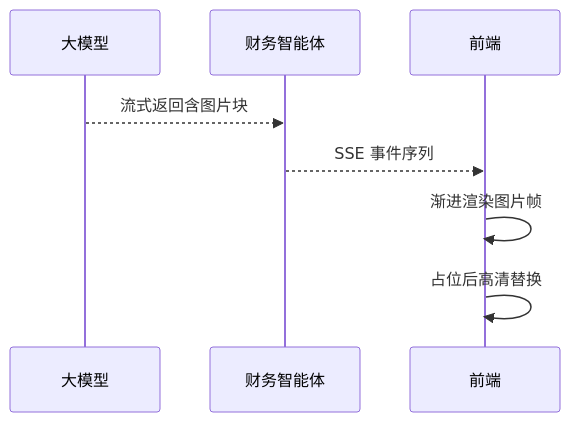
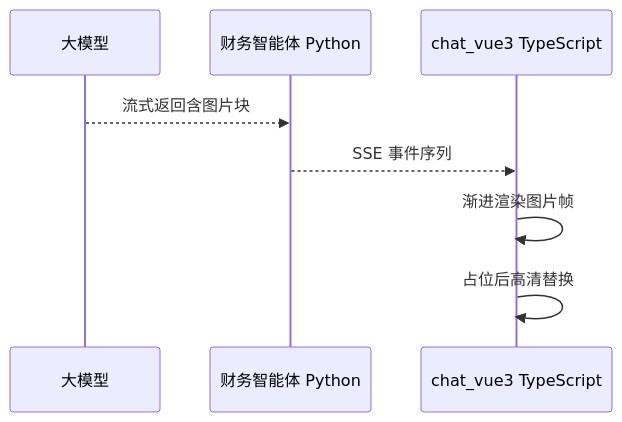
Before and after one commit to swipth/work-report: the third of 7 diagrams in reports/2026-06-16/index.md, drawn with Mermaid. The commit also changed other lines of this file and 29 other files, not shown here.

````diff
--- a/reports/2026-06-16/index.md
+++ b/reports/2026-06-16/index.md
@@ -79,11 +79,11 @@
 ```mermaid
 sequenceDiagram
     participant LLM as 大模型
-    participant AG as 财务智能体
-    participant FE as 前端
+    participant AG as 财务智能体 Python
+    participant FE as chat_vue3 TypeScript
 
     LLM-->>AG: 流式返回含图片块
     AG-->>FE: SSE 事件序列
     FE->>FE: 渐进渲染图片帧
     FE->>FE: 占位后高清替换
 ```
````
